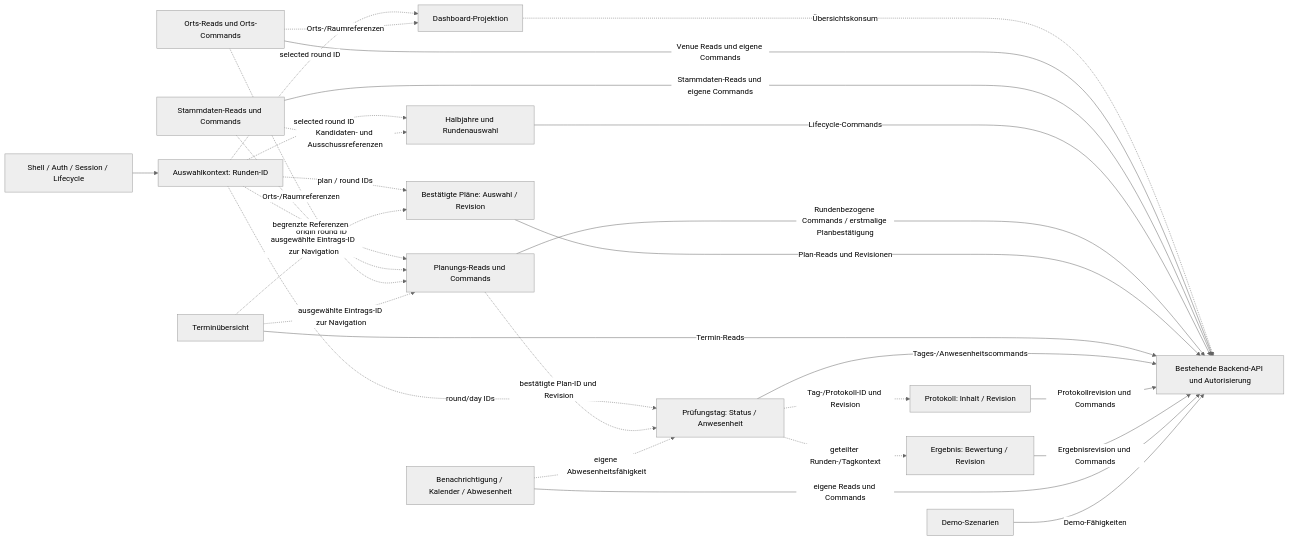
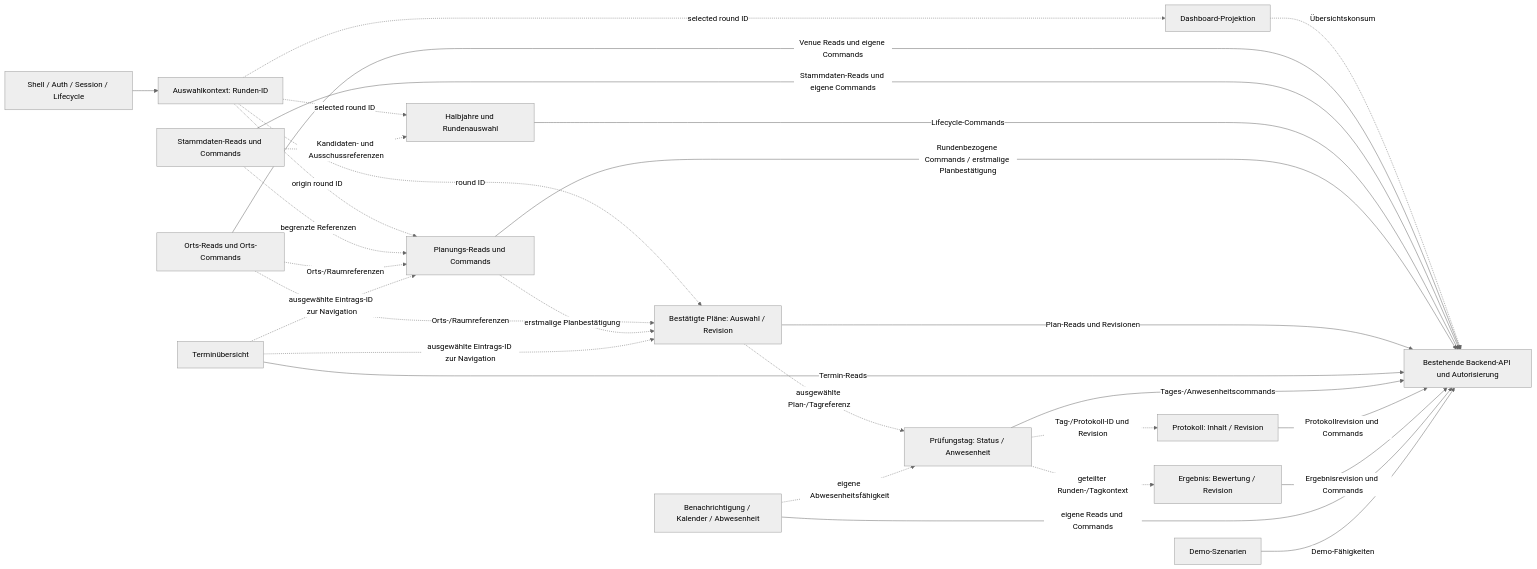
Before and after one commit to lxndrp/lzug: the fourth of 4 diagrams in docs/developers/frontend-architecture-contract.md, drawn with Mermaid (neutral theme). The commit also changed other lines of this file, not shown here.

````diff
--- a/docs/developers/frontend-architecture-contract.md
+++ b/docs/developers/frontend-architecture-contract.md
@@ -242,46 +247,46 @@
 ```mermaid
 flowchart LR
   Shell[Shell / Auth / Session / Lifecycle]
   Context[Auswahlkontext: Runden-ID]
   Dashboard[Dashboard-Projektion]
   Locations[Orts-Reads und Orts-Commands]
   Master[Stammdaten-Reads und Commands]
   HalfYears[Halbjahre und Rundenauswahl]
   Planning[Planungs-Reads und Commands]
   ConfirmedPlans[Bestätigte Pläne: Auswahl / Revision]
   Overview[Terminübersicht]
   Day[Prüfungstag: Status / Anwesenheit]
   Protocol[Protokoll: Inhalt / Revision]
   Result[Ergebnis: Bewertung / Revision]
   Personal[Benachrichtigung / Kalender / Abwesenheit]
   Demo[Demo-Szenarien]
   API[Bestehende Backend-API und Autorisierung]
   Shell --> Context
   Context -. selected round ID .-> Dashboard
   Context -. selected round ID .-> HalfYears
   Context -. origin round ID .-> Planning
-  Context -. plan / round IDs .-> ConfirmedPlans
-  Context -. round/day IDs .-> Day
+  Context -. round ID .-> ConfirmedPlans
   Dashboard -. Übersichtskonsum .-> API
   Locations -->|Venue Reads und eigene Commands| API
   Master -->|Stammdaten-Reads und eigene Commands| API
   HalfYears -->|Lifecycle-Commands| API
   Planning -->|Rundenbezogene Commands / erstmalige Planbestätigung| API
   ConfirmedPlans -->|Plan-Reads und Revisionen| API
   Overview -->|Termin-Reads| API
   Day -->|Tages-/Anwesenheitscommands| API
   Protocol -->|Protokollrevision und Commands| API
   Result -->|Ergebnisrevision und Commands| API
   Personal -->|eigene Reads und Commands| API
   Demo -->|Demo-Fähigkeiten| API
   Master -. Kandidaten- und Ausschussreferenzen .-> HalfYears
   Master -. begrenzte Referenzen .-> Planning
   Locations -. Orts-/Raumreferenzen .-> Planning
-  Locations -. Orts-/Raumreferenzen .-> Dashboard
-  Planning -. bestätigte Plan-ID und Revision .-> Day
+  Locations -. Orts-/Raumreferenzen .-> ConfirmedPlans
+  Planning -. erstmalige Planbestätigung .-> ConfirmedPlans
+  ConfirmedPlans -. ausgewählte Plan-/Tagreferenz .-> Day
   Overview -. ausgewählte Eintrags-ID zur Navigation .-> Planning
   Overview -. ausgewählte Eintrags-ID zur Navigation .-> ConfirmedPlans
   Day -. Tag-/Protokoll-ID und Revision .-> Protocol
   Day -. geteilter Runden-/Tagkontext .-> Result
   Personal -. eigene Abwesenheitsfähigkeit .-> Day
 ```
````
